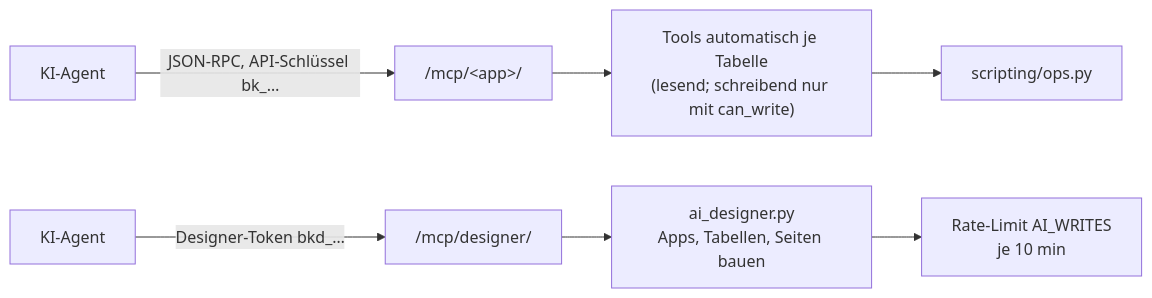
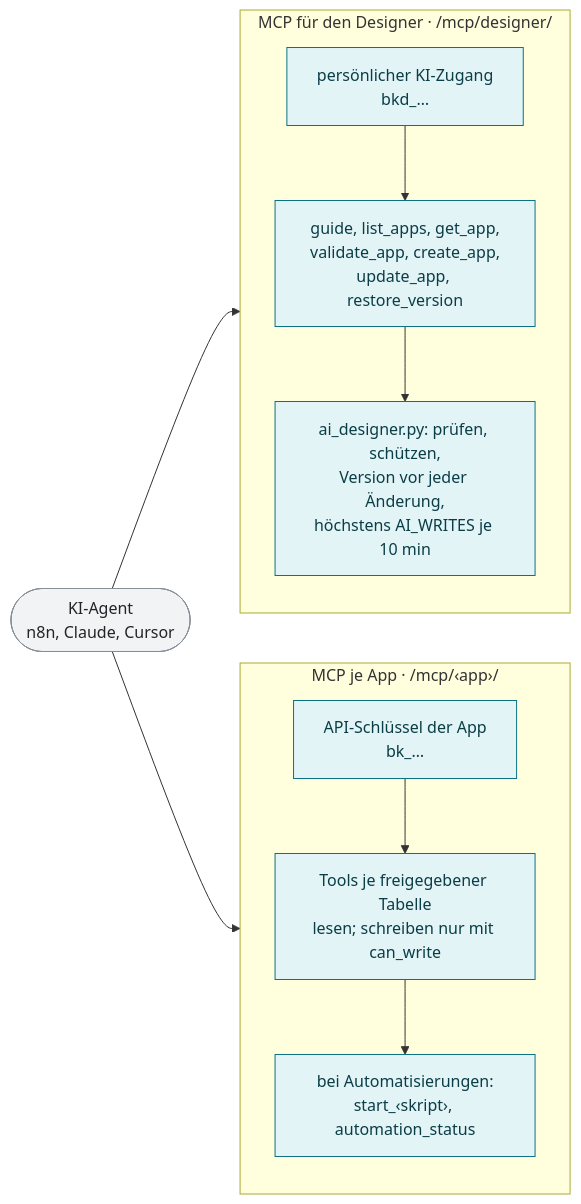
One commit to Turksat46/Baukasten changed diagram 12 of 15 in docs/TECHNISCHE_DOKUMENTATION.md. Above: the diagram before and after it, drawn with Mermaid. The commit also changed other lines of this file, not shown here.

Commit message:
Technische Dokumentation: Inhalt gegen den Code geprüft, Diagramme neu gestaltet

````diff
--- a/docs/TECHNISCHE_DOKUMENTATION.md
+++ b/docs/TECHNISCHE_DOKUMENTATION.md
@@ -557,10 +696,20 @@
 ```mermaid
 flowchart LR
-    AG["KI-Agent"] -->|"JSON-RPC, API-Schlüssel bk_…"| M["/mcp/&lt;app&gt;/"]
-    M --> TL["Tools automatisch je Tabelle<br/>(lesend; schreibend nur mit can_write)"]
-    TL --> OPS["scripting/ops.py"]
+    subgraph App["MCP je App · /mcp/‹app›/"]
+        direction TB
+        A1["API-Schlüssel der App<br/>bk_…"] --> A2["Tools je freigegebener Tabelle<br/>lesen; schreiben nur mit can_write"]
+        A2 --> A3["bei Automatisierungen:<br/>start_‹skript›, automation_status"]
+    end
+    subgraph Des["MCP für den Designer · /mcp/designer/"]
+        direction TB
+        D1["persönlicher KI-Zugang<br/>bkd_…"] --> D2["guide, list_apps, get_app,<br/>validate_app, create_app,<br/>update_app, restore_version"]
+        D2 --> D3["ai_designer.py: prüfen, schützen,<br/>Version vor jeder Änderung,<br/>höchstens AI_WRITES je 10 min"]
+    end
+    AG(["KI-Agent<br/>n8n, Claude, Cursor"]) --> A1
+    AG --> D1
 
-    AG2["KI-Agent"] -->|"Designer-Token bkd_…"| MD["/mcp/designer/"]
-    MD --> AI["ai_designer.py<br/>Apps, Tabellen, Seiten bauen"]
-    AI --> RL["Rate-Limit AI_WRITES<br/>je 10 min"]
+    classDef web fill:#e3f4f6,stroke:#0b7285,color:#0b3d47
+    classDef ext fill:#f1f3f5,stroke:#868e96,color:#212529
+    class A1,A2,A3,D1,D2,D3 web
+    class AG ext
 ```
````
